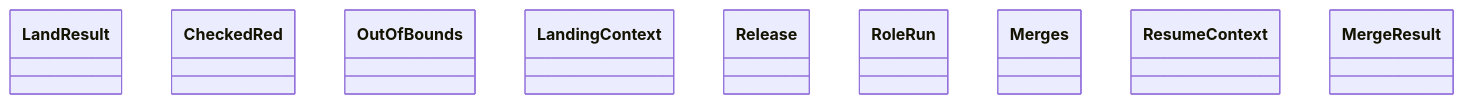
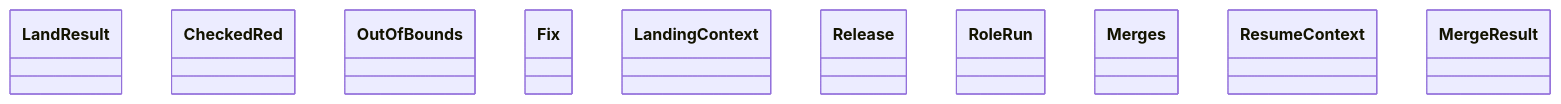
The diagram in docs/architecture/generated/classes-process-application-landing.md (GonzaloZevallos/agentic-system), drawn with Mermaid before and after one commit.

Commit message:
Regenerate the landing class diagram after the no-spots apply

````diff
--- a/docs/architecture/generated/classes-process-application-landing.md
+++ b/docs/architecture/generated/classes-process-application-landing.md
@@ -17,12 +17,13 @@
 ```mermaid
 classDiagram
     class landing__LandResult["LandResult"]
     class landing_adr__CheckedRed["CheckedRed"]
     class landing_adr__OutOfBounds["OutOfBounds"]
+    class landing_fix__Fix["Fix"]
     class landing_plan__LandingContext["LandingContext"]
     class landing_plan__Release["Release"]
     class landing_plan__RoleRun["RoleRun"]
     class landing_sync__Merges["Merges"]
     class landing_sync__ResumeContext["ResumeContext"]
     class merge__MergeResult["MergeResult"]
 ```
````
